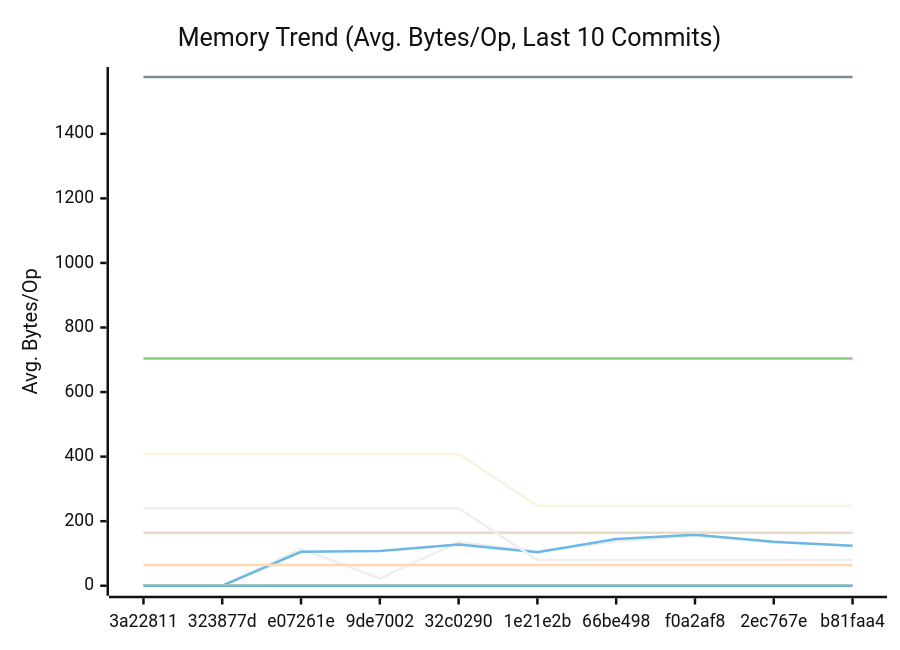
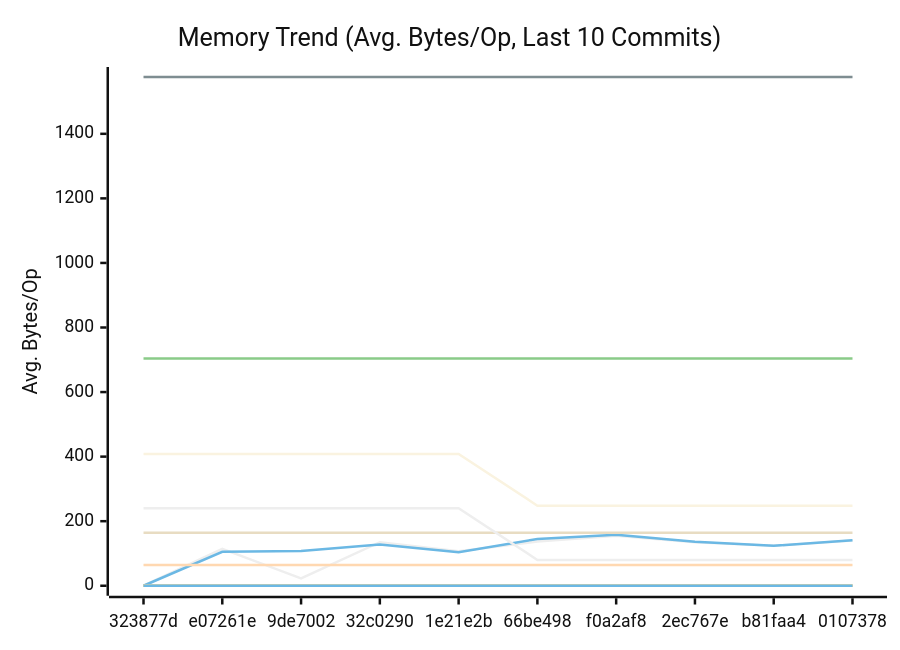
The second of 3 diagrams in docs/PERFORMANCE.md (alsotoes/momo), drawn with Mermaid (neutral theme) before and after one commit. The commit also changed other lines of this file and 2 other files, not shown here.

````diff
--- a/docs/PERFORMANCE.md
+++ b/docs/PERFORMANCE.md
@@ -171,20 +171,20 @@
 ```mermaid
 xychart-beta
     title "Memory Trend (Avg. Bytes/Op, Last 10 Commits)"
     x-axis "Commit"
     y-axis "Avg. Bytes/Op"
-    x-axis [3a22811,323877d,e07261e,9de7002,32c0290,1e21e2b,66be498,f0a2af8,2ec767e,b81faa4]
-    line "AWSChunkedReaderSigned" [0,0,114,23,135,107,137,155,135,124]
-    line "AWSChunkedReaderUnsigned" [0,0,105,108,128,104,145,158,136,124]
+    x-axis [323877d,e07261e,9de7002,32c0290,1e21e2b,66be498,f0a2af8,2ec767e,b81faa4,0107378]
+    line "AWSChunkedReaderSigned" [0,114,23,135,107,137,155,135,124,140]
+    line "AWSChunkedReaderUnsigned" [0,105,108,128,104,145,158,136,124,141]
     line "CheckMetricsAndSwap" [0,0,0,0,0,0,0,0,0,0]
     line "CrushOptimized" [0,0,0,0,0,0,0,0,0,0]
     line "CrushOriginal" [164,164,164,164,164,164,164,164,164,164]
     line "IndexDirectTracking" [0,0,0,0,0,0,0,0,0,0]
     line "IndexSearch" [0,0,0,0,0,0,0,0,0,0]
     line "LoadGlobalConfig" [1576,1576,1576,1576,1576,1576,1576,1576,1576,1576]
     line "PadString" [64,64,64,64,64,64,64,64,64,64]
     line "ParseReplicationOrder_NoPrealloc" [408,408,408,408,408,248,248,248,248,248]
     line "ParseReplicationOrder_Prealloc" [240,240,240,240,240,80,80,80,80,80]
     line "SanitizeLog/Safe" [0,0,0,0,0,0,0,0,0,0]
     line "SanitizeLog/Unsafe" [704,704,704,704,704,704,704,704,704,704]
 ```
````
